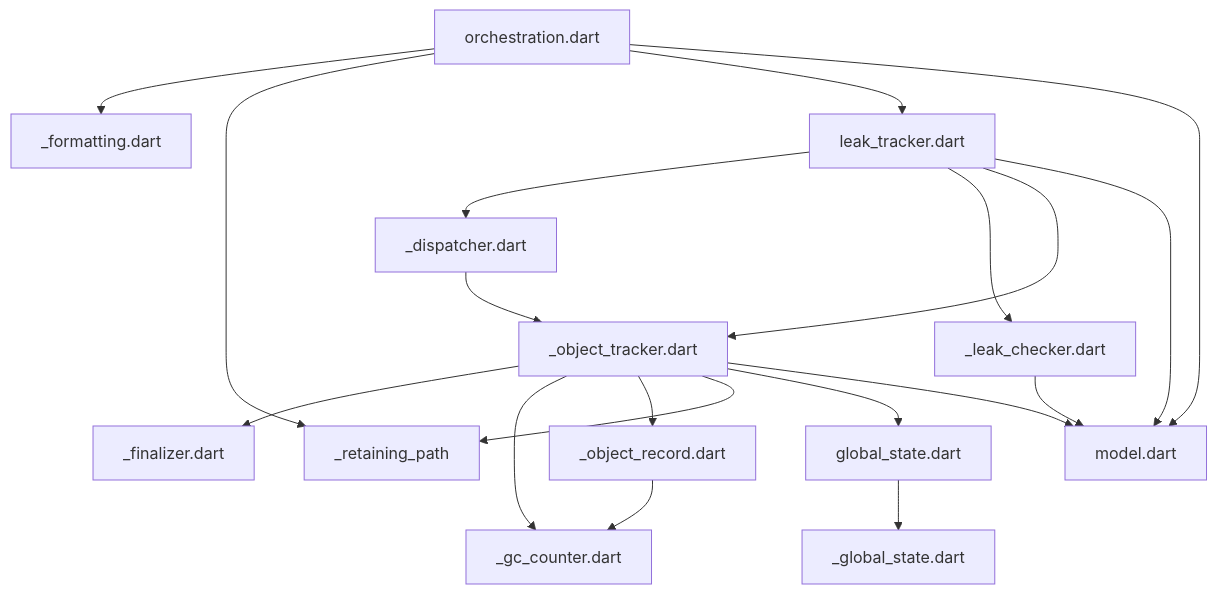
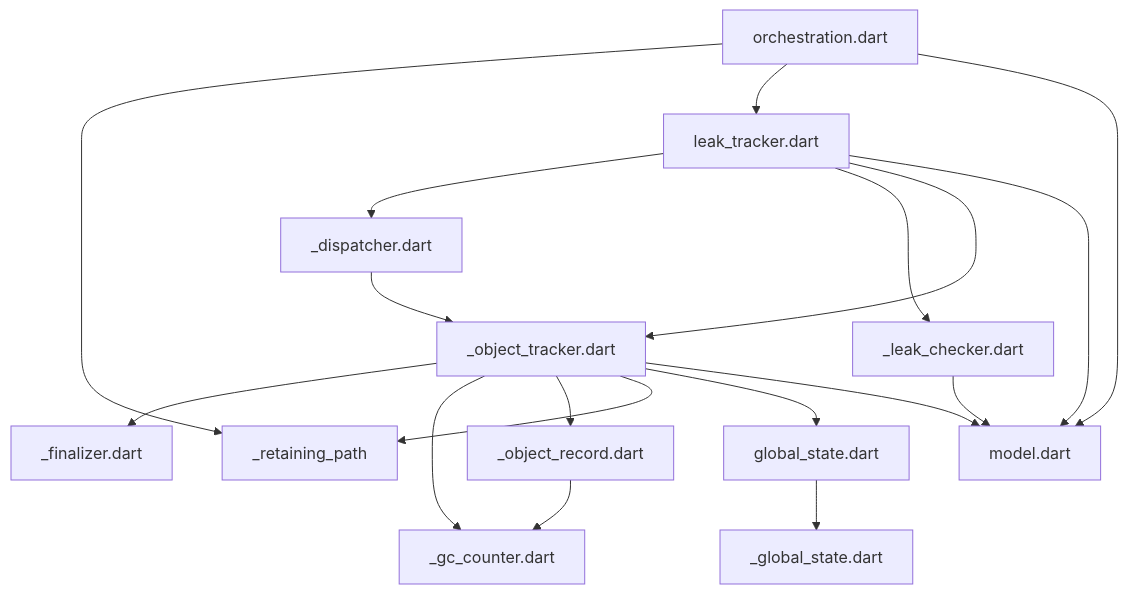
One commit to dart-lang/leak_tracker changed the diagram in pkgs/leak_tracker/lib/src/leak_tracking/DEPENDENCIES.md. Above: the diagram before and after it, drawn with Mermaid. The commit also changed 8 other files, not shown here.

````diff
--- a/pkgs/leak_tracker/lib/src/leak_tracking/DEPENDENCIES.md
+++ b/pkgs/leak_tracker/lib/src/leak_tracking/DEPENDENCIES.md
@@ -6,21 +6,20 @@
 ```mermaid
 flowchart TD;
 _dispatcher.dart-->_object_tracker.dart;
 _leak_checker.dart-->model.dart;
 _object_record.dart-->_gc_counter.dart;
 _object_tracker.dart-->_finalizer.dart;
 _object_tracker.dart-->_gc_counter.dart;
 _object_tracker.dart-->_object_record.dart;
 _object_tracker.dart-->_retaining_path;
 _object_tracker.dart-->global_state.dart;
 _object_tracker.dart-->model.dart;
 global_state.dart-->_global_state.dart;
 leak_tracker.dart-->_dispatcher.dart;
 leak_tracker.dart-->_leak_checker.dart;
 leak_tracker.dart-->_object_tracker.dart;
 leak_tracker.dart-->model.dart;
-orchestration.dart-->_formatting.dart;
 orchestration.dart-->_retaining_path;
 orchestration.dart-->leak_tracker.dart;
 orchestration.dart-->model.dart;
 ```
````
